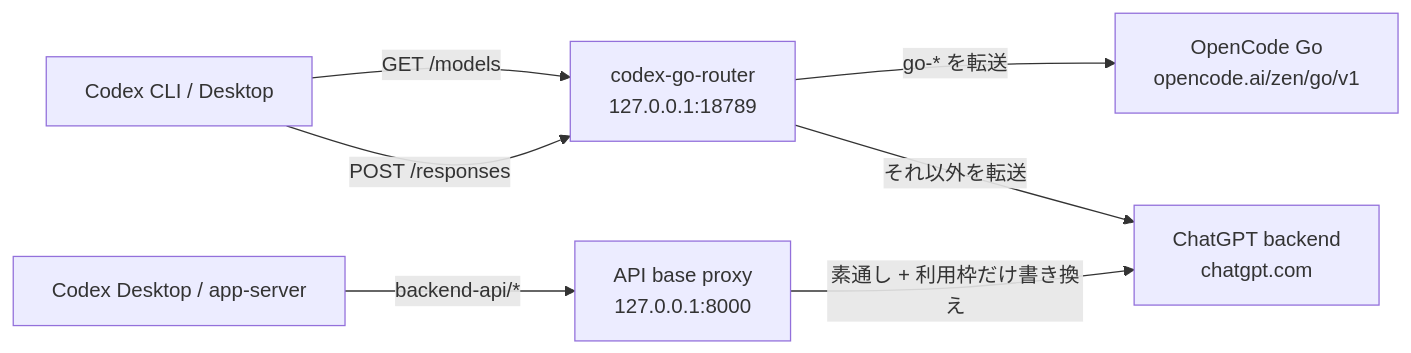
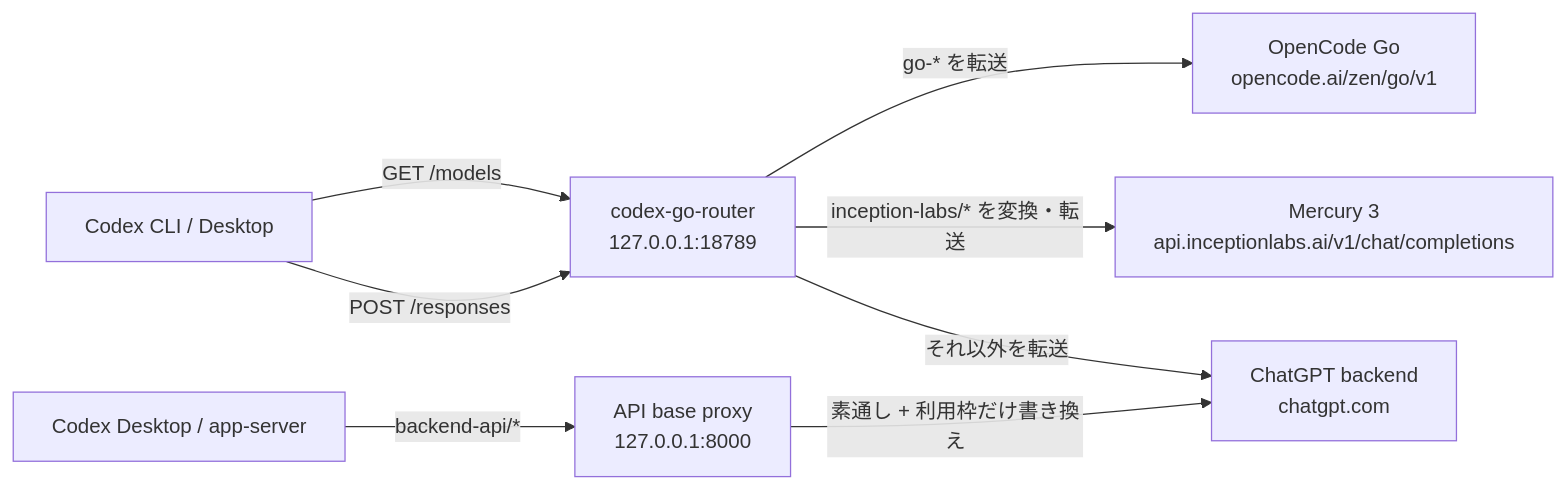
Before and after one commit to mattyatea/codex-opencode-router: the diagram in README.md, drawn with Mermaid. The commit also changed other lines of this file and 10 other files, not shown here.

````diff
--- a/README.md
+++ b/README.md
@@ -11,9 +11,10 @@
 ```mermaid
 flowchart LR
   Codex[Codex CLI / Desktop] -->|"GET /models"| Router[codex-go-router<br/>127.0.0.1:18789]
   Codex -->|"POST /responses"| Router
   Desktop[Codex Desktop / app-server] -->|"backend-api/*"| Api[API base proxy<br/>127.0.0.1:8000]
   Router -->|"go-* を転送"| Go[OpenCode Go<br/>opencode.ai/zen/go/v1]
+  Router -->|"inception-labs/* を変換・転送"| Inception[Mercury 3<br/>api.inceptionlabs.ai/v1/chat/completions]
   Router -->|"それ以外を転送"| ChatGPT[ChatGPT backend<br/>chatgpt.com]
   Api -->|"素通し + 利用枠だけ書き換え"| ChatGPT
 ```
````
